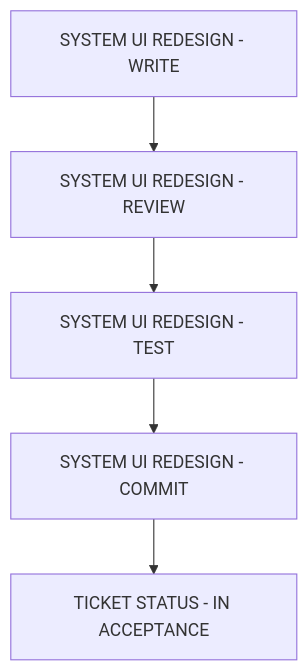
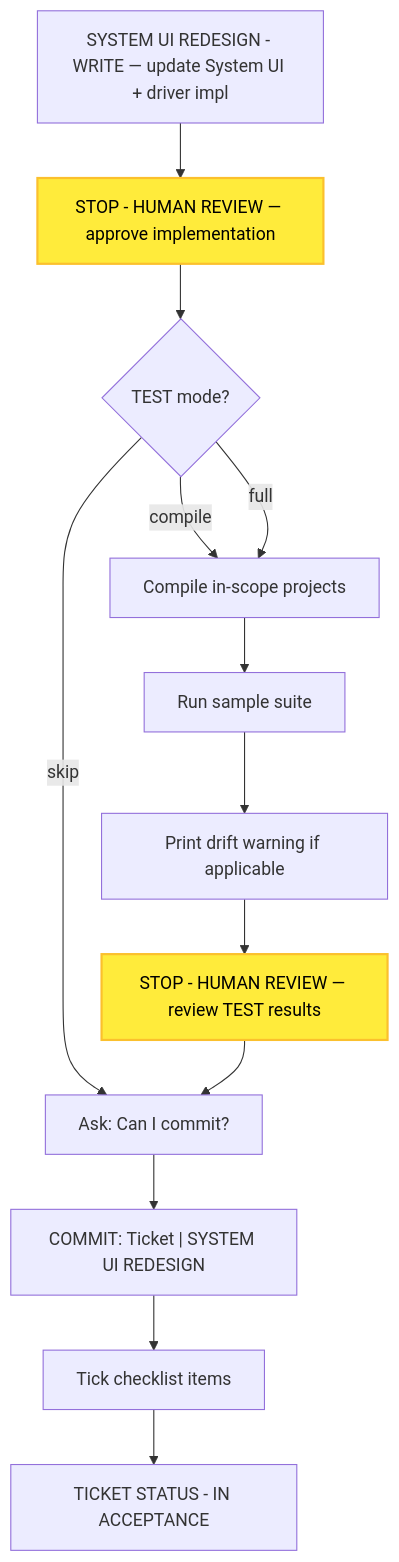
One commit to optivem/starter changed the seventh of 10 diagrams in docs/atdd/process/diagram-process.md. Above: the diagram before and after it, drawn with Mermaid. The commit also changed other lines of this file and 2 other files, not shown here.

````diff
--- a/docs/atdd/process/diagram-process.md
+++ b/docs/atdd/process/diagram-process.md
@@ -225,13 +234,30 @@
 ```mermaid
 flowchart TD
-    WRITE[SYSTEM UI REDESIGN - WRITE]
-    REVIEW[SYSTEM UI REDESIGN - REVIEW]
-    TEST[SYSTEM UI REDESIGN - TEST]
-    COMMIT[SYSTEM UI REDESIGN - COMMIT]
-    IN_ACCEPTANCE[TICKET STATUS - IN ACCEPTANCE]
+    WRITE["SYSTEM UI REDESIGN - WRITE — update System UI + driver impl"]
+    REVIEW["STOP - HUMAN REVIEW — approve implementation"]
+    TEST_GATE{TEST mode?}
+    COMPILE[Compile in-scope projects]
+    SAMPLE["Run sample suite"]
+    DRIFT[Print drift warning if applicable]
+    STOP_TEST["STOP - HUMAN REVIEW — review TEST results"]
+    ASK_COMMIT["Ask: Can I commit?"]
+    COMMIT["COMMIT: Ticket | SYSTEM UI REDESIGN"]
+    TICK[Tick checklist items]
+    INACC[TICKET STATUS - IN ACCEPTANCE]
 
     WRITE --> REVIEW
-    REVIEW --> TEST
-    TEST --> COMMIT
-    COMMIT --> IN_ACCEPTANCE
+    REVIEW --> TEST_GATE
+    TEST_GATE -->|skip| ASK_COMMIT
+    TEST_GATE -->|compile| COMPILE
+    TEST_GATE -->|full| COMPILE
+    COMPILE --> SAMPLE
+    SAMPLE --> DRIFT
+    DRIFT --> STOP_TEST
+    STOP_TEST --> ASK_COMMIT
+    ASK_COMMIT --> COMMIT
+    COMMIT --> TICK
+    TICK --> INACC
+
+    classDef humanReviewNode fill:#ffeb3b,stroke:#fbc02d,stroke-width:2px,color:#000
+    class REVIEW,STOP_TEST humanReviewNode
 ```
````
